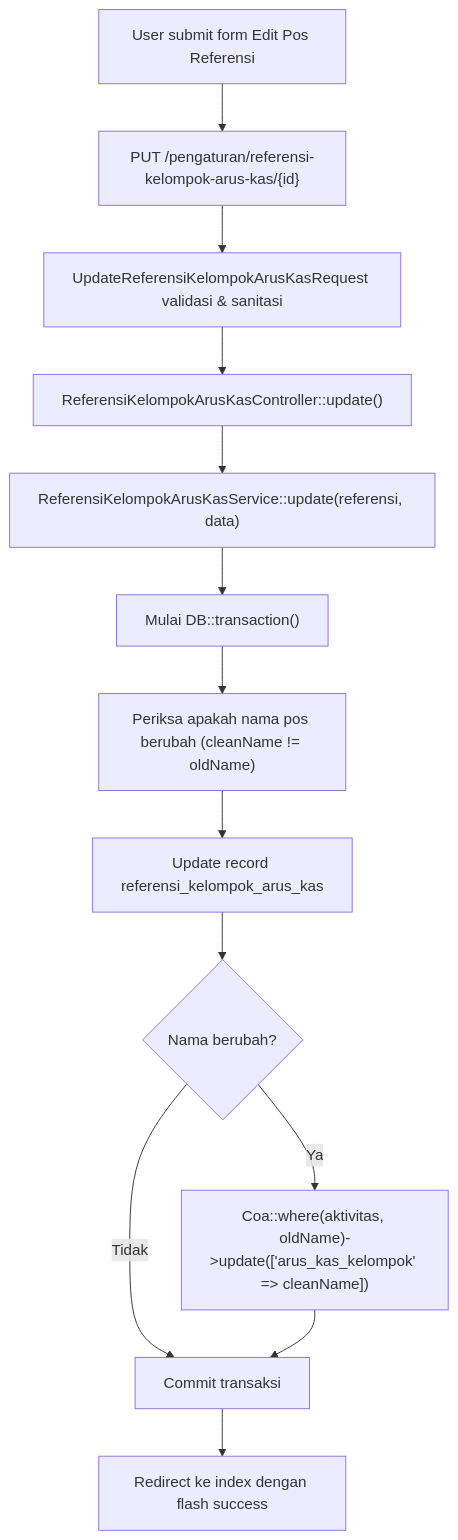
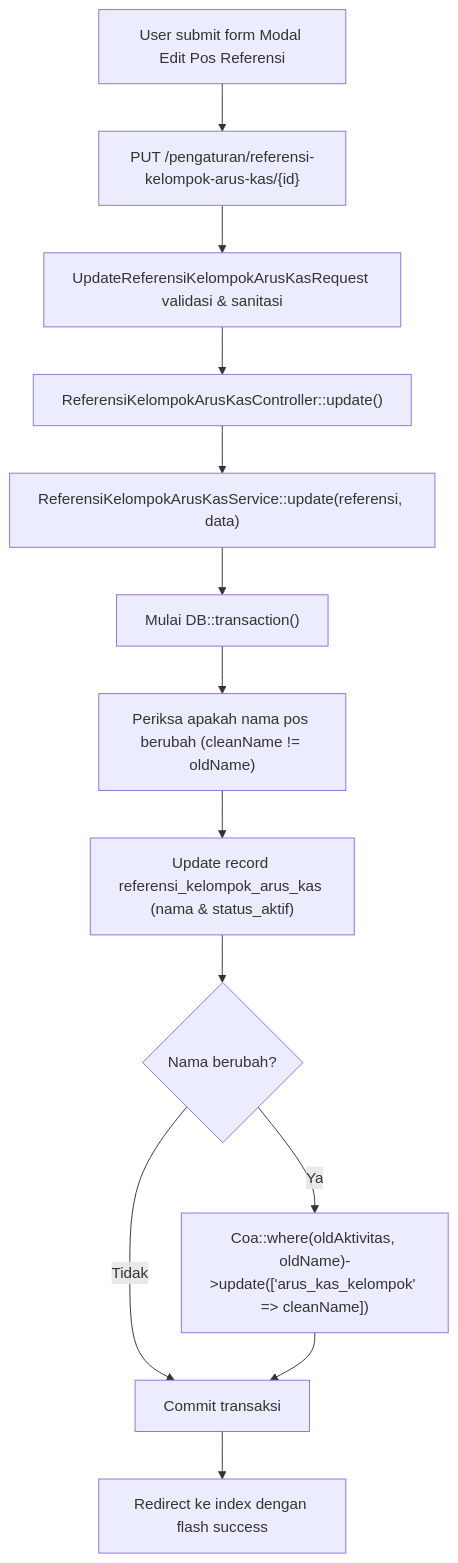
The third of 6 diagrams in dokumentasi/pengaturan-referensi-kelompok-arus-kas.md (AltamaSidoarjo/laravel-siakurat-pt-smt), drawn with Mermaid before and after one commit. The commit also changed other lines of this file and 1 other file, not shown here.

Commit message:
docs(arus-kas): update documentation for pengaturan arus kas and referensi kelompok arus kas

````diff
--- a/dokumentasi/pengaturan-referensi-kelompok-arus-kas.md
+++ b/dokumentasi/pengaturan-referensi-kelompok-arus-kas.md
@@ -141,15 +174,15 @@
 ```mermaid
 flowchart TD
-    A["User submit form Edit Pos Referensi"] --> B["PUT /pengaturan/referensi-kelompok-arus-kas/{id}"]
+    A["User submit form Modal Edit Pos Referensi"] --> B["PUT /pengaturan/referensi-kelompok-arus-kas/{id}"]
     B --> C["UpdateReferensiKelompokArusKasRequest validasi & sanitasi"]
     C --> D["ReferensiKelompokArusKasController::update()"]
     D --> E["ReferensiKelompokArusKasService::update(referensi, data)"]
     E --> F["Mulai DB::transaction()"]
     F --> G["Periksa apakah nama pos berubah (cleanName != oldName)"]
-    G --> H["Update record referensi_kelompok_arus_kas"]
+    G --> H["Update record referensi_kelompok_arus_kas (nama & status_aktif)"]
     H --> I{"Nama berubah?"}
-    I -- Ya --> J["Coa::where(aktivitas, oldName)->update(['arus_kas_kelompok' => cleanName])"]
+    I -- Ya --> J["Coa::where(oldAktivitas, oldName)->update(['arus_kas_kelompok' => cleanName])"]
     I -- Tidak --> K["Commit transaksi"]
     J --> K
     K --> L["Redirect ke index dengan flash success"]
 ```
````
